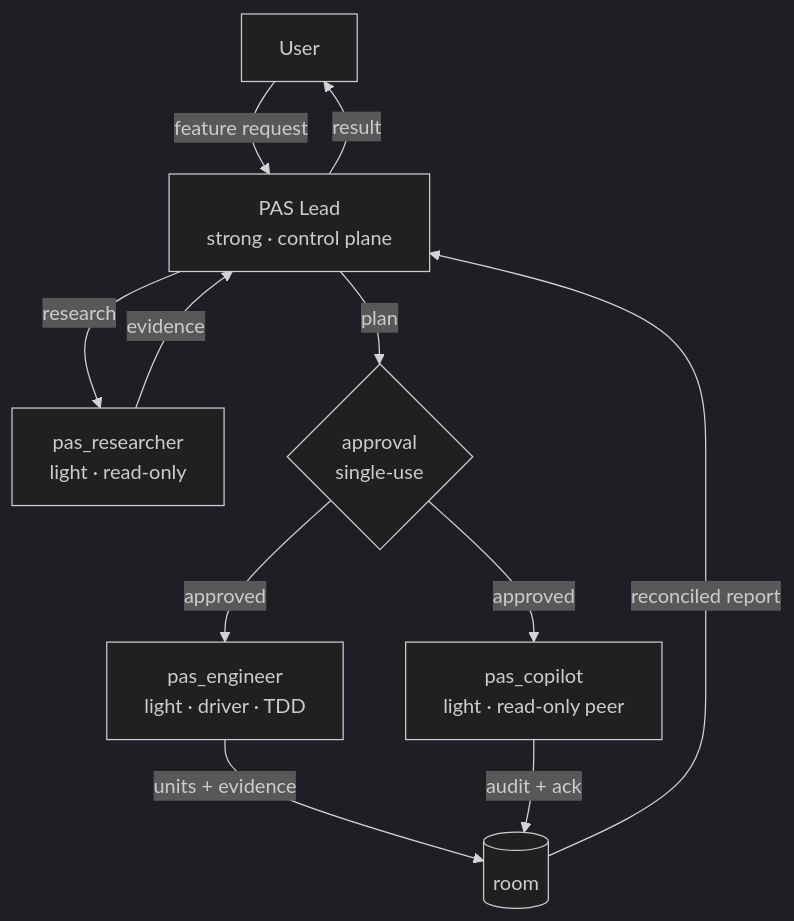
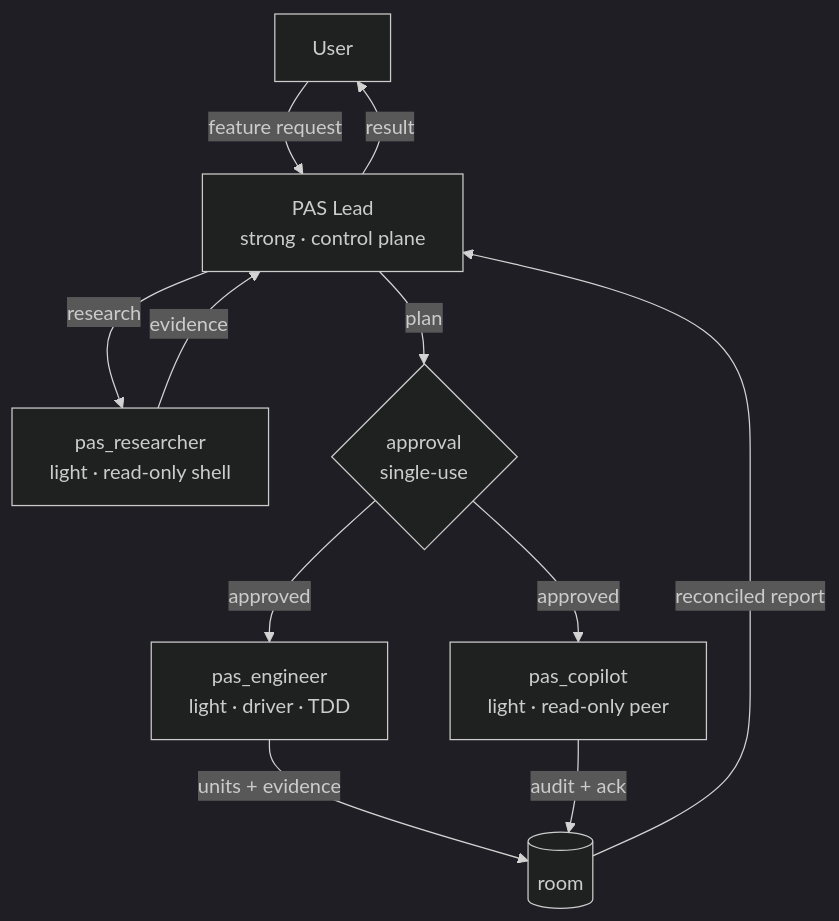
Before and after one commit to GabrielMartinMoran/pulsar-agent-squad: the diagram in README.md, drawn with Mermaid (dark theme). The commit also changed other lines of this file and 99 other files, not shown here.

First line of the commit message:
feat(forum): add read-only pairing forum viewer and tool policies

````diff
--- a/README.md
+++ b/README.md
@@ -263,13 +292,13 @@
 ```mermaid
 flowchart TD
     U[User] -->|feature request| L[PAS Lead<br/>strong · control plane]
-    L -->|research| R[pas_researcher<br/>light · read-only]
+    L -->|research| R[pas_researcher<br/>light · read-only shell]
     R -->|evidence| L
     L -->|plan| A{approval<br/>single-use}
     A -->|approved| D[pas_engineer<br/>light · driver · TDD]
     A -->|approved| C[pas_copilot<br/>light · read-only peer]
     D -->|units + evidence| Rm[(room)]
     C -->|audit + ack| Rm
     Rm -->|reconciled report| L
     L -->|result| U
 ```
````
